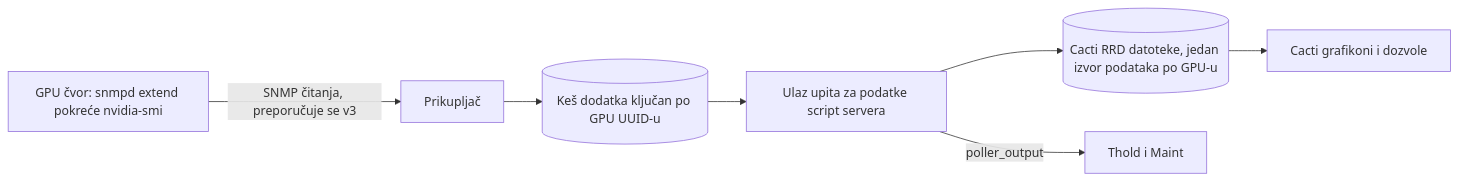
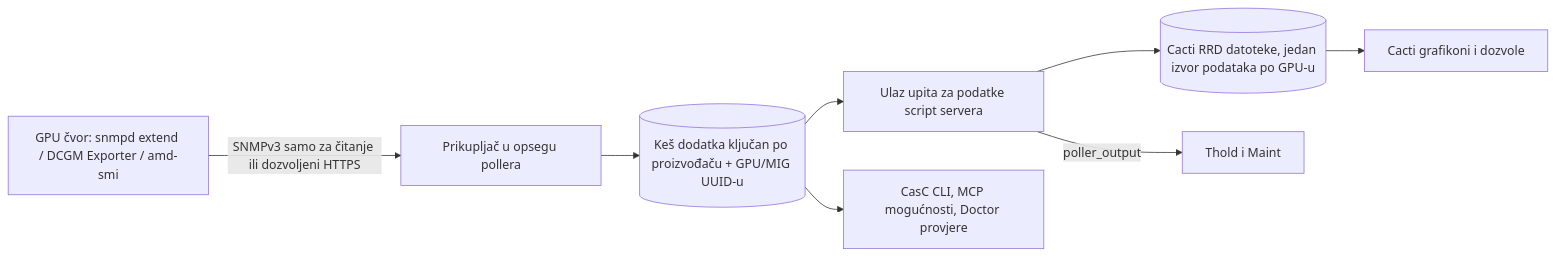
The diagram in docs/i18n/bs-BA/README.md (somethingwithproof/plugin_gpu), drawn with Mermaid before and after one commit. The commit also changed other lines of this file and 47 other files, not shown here.

````diff
--- a/docs/i18n/bs-BA/README.md
+++ b/docs/i18n/bs-BA/README.md
@@ -104,9 +104,10 @@
 ```mermaid
 flowchart LR
-    NODE["GPU čvor: snmpd extend pokreće nvidia-smi"] -->|SNMP čitanja, preporučuje se v3| C[Prikupljač]
-    C --> CACHE[("Keš dodatka ključan po GPU UUID-u")]
+    NODE["GPU čvor: snmpd extend / DCGM Exporter / amd-smi"] -->|SNMPv3 samo za čitanje ili dozvoljeni HTTPS| C["Prikupljač u opsegu pollera"]
+    C --> CACHE[("Keš dodatka ključan po proizvođaču + GPU/MIG UUID-u")]
     CACHE --> SS[Ulaz upita za podatke script servera]
+    CACHE --> ECO["CasC CLI, MCP mogućnosti, Doctor provjere"]
     SS --> RRD[("Cacti RRD datoteke, jedan izvor podataka po GPU-u")]
     SS -->|poller_output| T[Thold i Maint]
     RRD --> G[Cacti grafikoni i dozvole]
 ```
````
